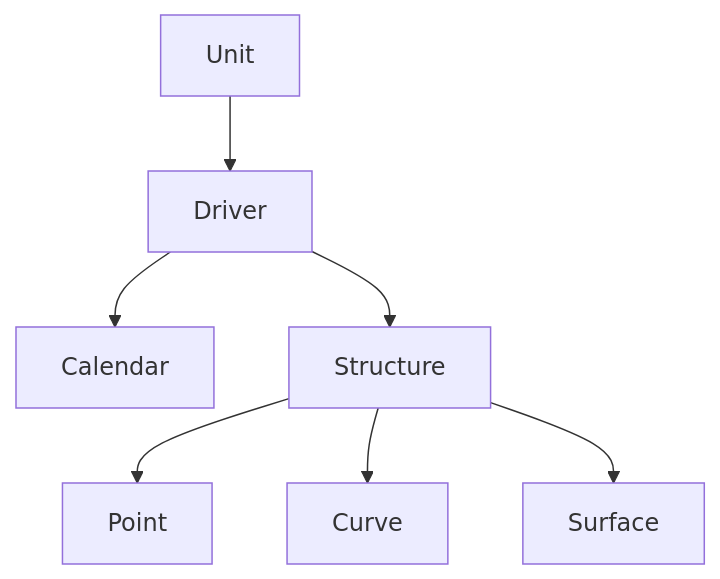
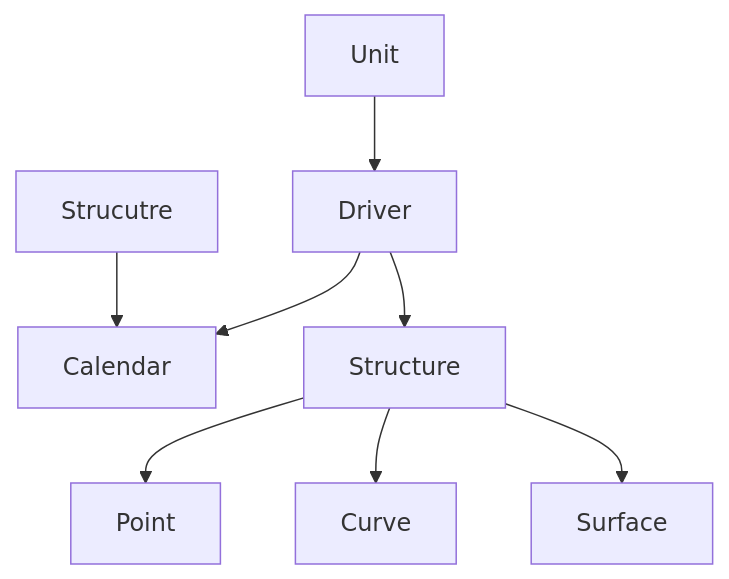
The diagram in README.md (tristanvandevelde/finstruct), drawn with Mermaid before and after one commit.

````diff
--- a/README.md
+++ b/README.md
@@ -26,9 +26,10 @@
 ```mermaid
 graph TD;
     Unit-->Driver;
     Driver-->Calendar;
     Driver-->Structure;
+    Strucutre-->Calendar;
     Structure-->Point;
     Structure-->Curve;
     Structure-->Surface;
 ```
````
